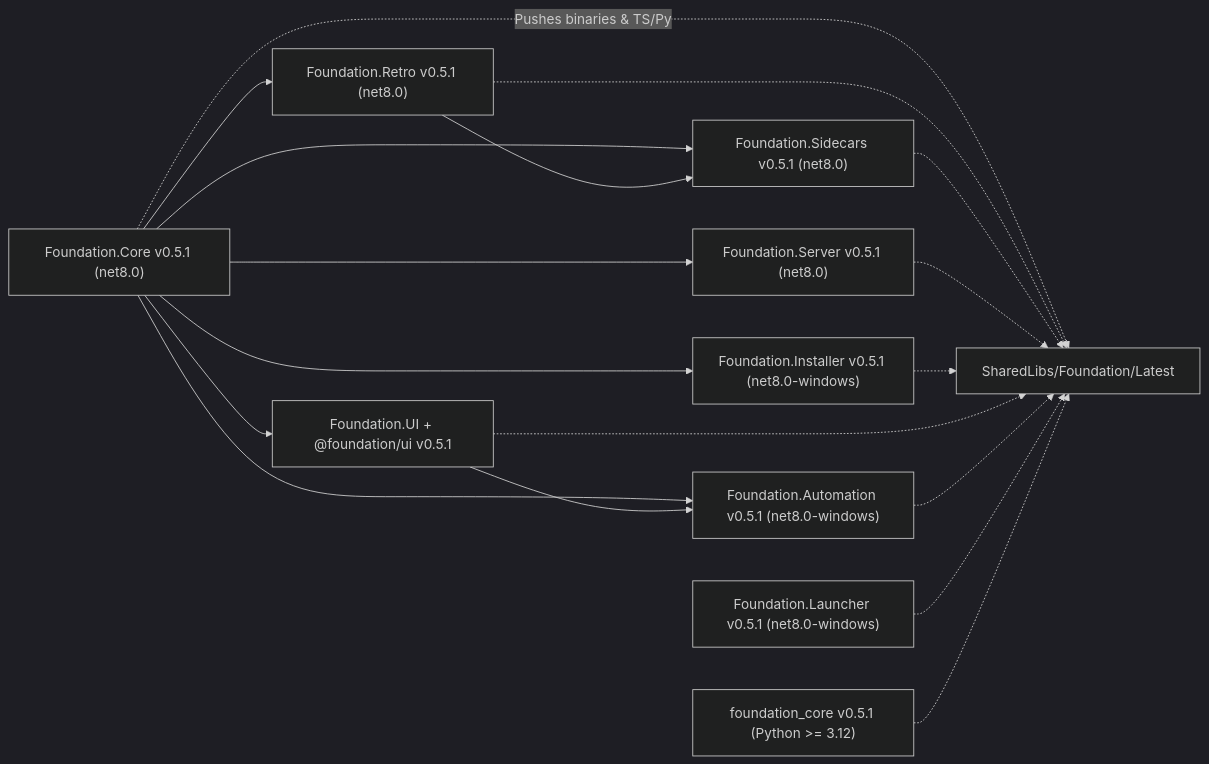
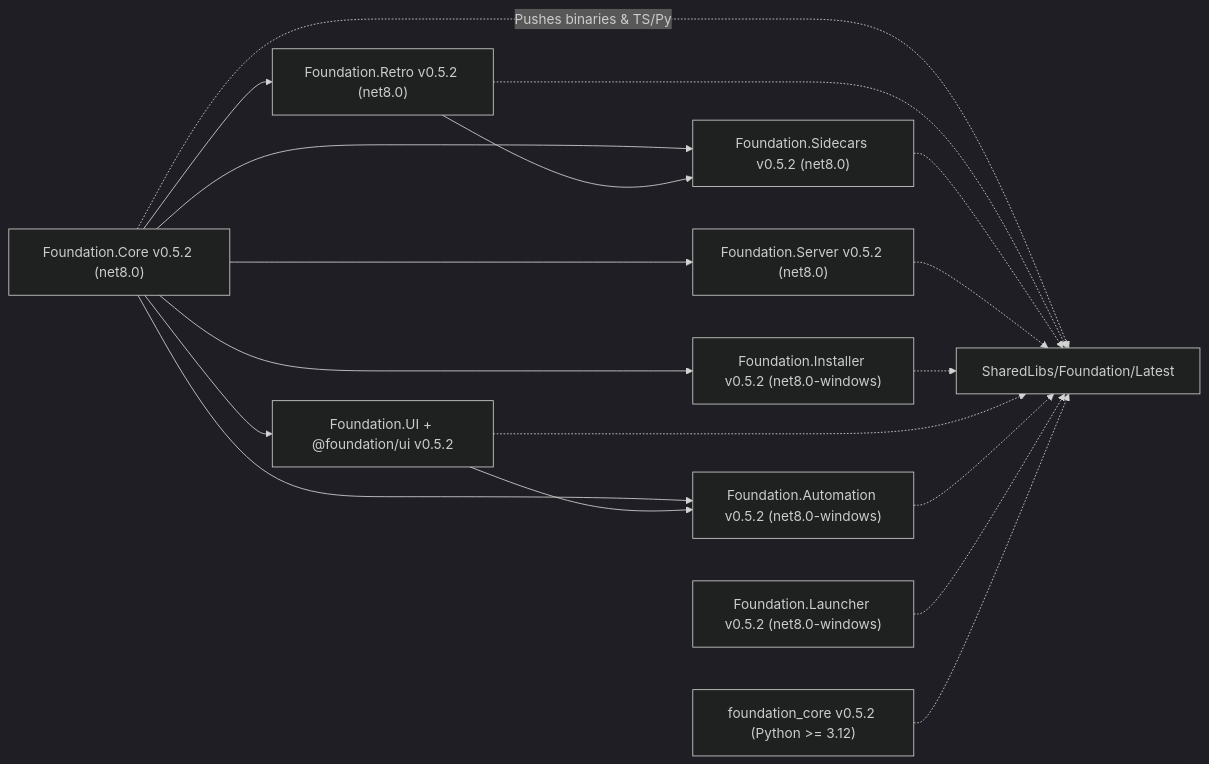
One commit to StreamItAllGit/Foundation changed the diagram in Dev/docs/ARCHITECTURE.md. Above: the diagram before and after it, drawn with Mermaid (dark theme). The commit also changed other lines of this file and 37 other files, not shown here.

First line of the commit message:
chore(release): ship Foundation v0.5.2 (installer hardening, suiteId, launcher & release parity)

````diff
--- a/Dev/docs/ARCHITECTURE.md
+++ b/Dev/docs/ARCHITECTURE.md
@@ -12,31 +12,31 @@
 ```mermaid
 flowchart LR
-    Core["Foundation.Core v0.5.1 (net8.0)"]
-    Retro["Foundation.Retro v0.5.1 (net8.0)"]
-    Sidecars["Foundation.Sidecars v0.5.1 (net8.0)"]
-    Server["Foundation.Server v0.5.1 (net8.0)"]
-    Installer["Foundation.Installer v0.5.1 (net8.0-windows)"]
-    UI["Foundation.UI + @foundation/ui v0.5.1"]
-    Automation["Foundation.Automation v0.5.1 (net8.0-windows)"]
-    Launcher["Foundation.Launcher v0.5.1 (net8.0-windows)"]
-    PyCore["foundation_core v0.5.1 (Python >= 3.12)"]
+    Core["Foundation.Core v0.5.2 (net8.0)"]
+    Retro["Foundation.Retro v0.5.2 (net8.0)"]
+    Sidecars["Foundation.Sidecars v0.5.2 (net8.0)"]
+    Server["Foundation.Server v0.5.2 (net8.0)"]
+    Installer["Foundation.Installer v0.5.2 (net8.0-windows)"]
+    UI["Foundation.UI + @foundation/ui v0.5.2"]
+    Automation["Foundation.Automation v0.5.2 (net8.0-windows)"]
+    Launcher["Foundation.Launcher v0.5.2 (net8.0-windows)"]
+    PyCore["foundation_core v0.5.2 (Python >= 3.12)"]
     Hub["SharedLibs/Foundation/Latest"]
 
     Core --> Retro
     Core --> Sidecars
     Retro --> Sidecars
     Core --> Server
     Core --> Installer
     Core --> UI
     Core --> Automation
     UI --> Automation
     Core -. "Pushes binaries & TS/Py" .-> Hub
     Retro -.-> Hub
     Sidecars -.-> Hub
     Server -.-> Hub
     Installer -.-> Hub
     UI -.-> Hub
     Automation -.-> Hub
     Launcher -.-> Hub
     PyCore -.-> Hub
 ```
````
